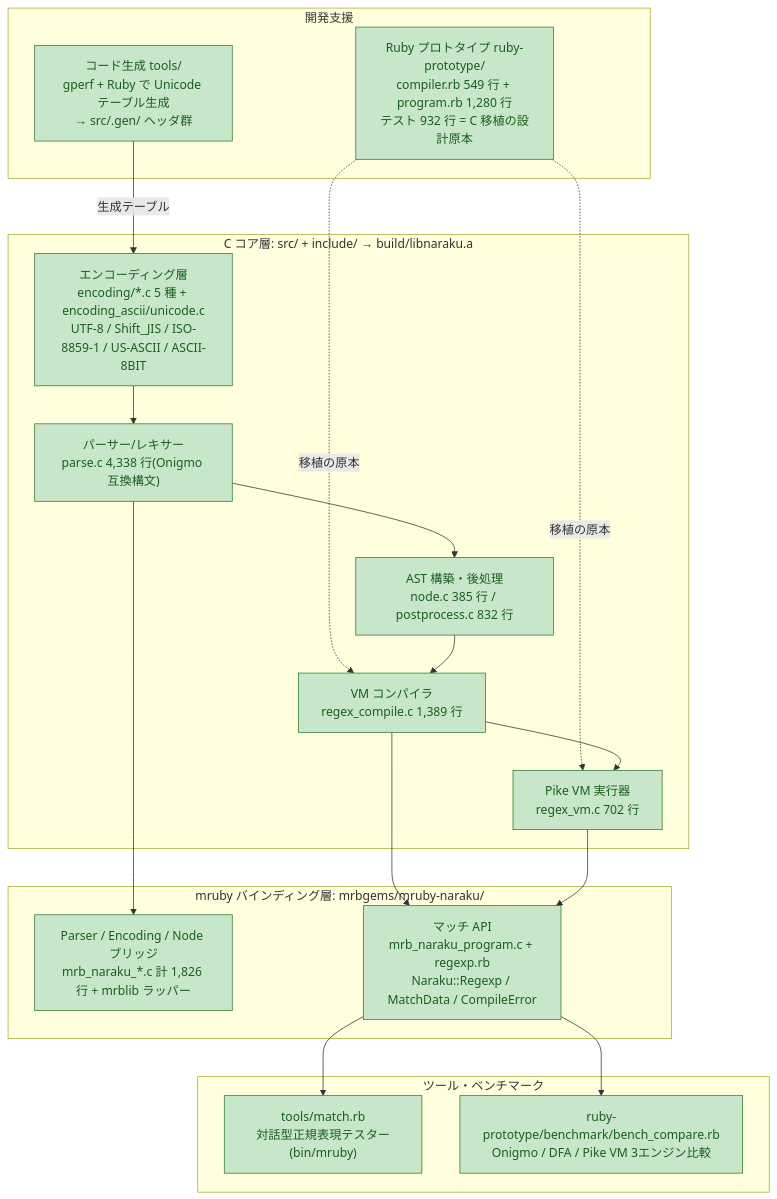
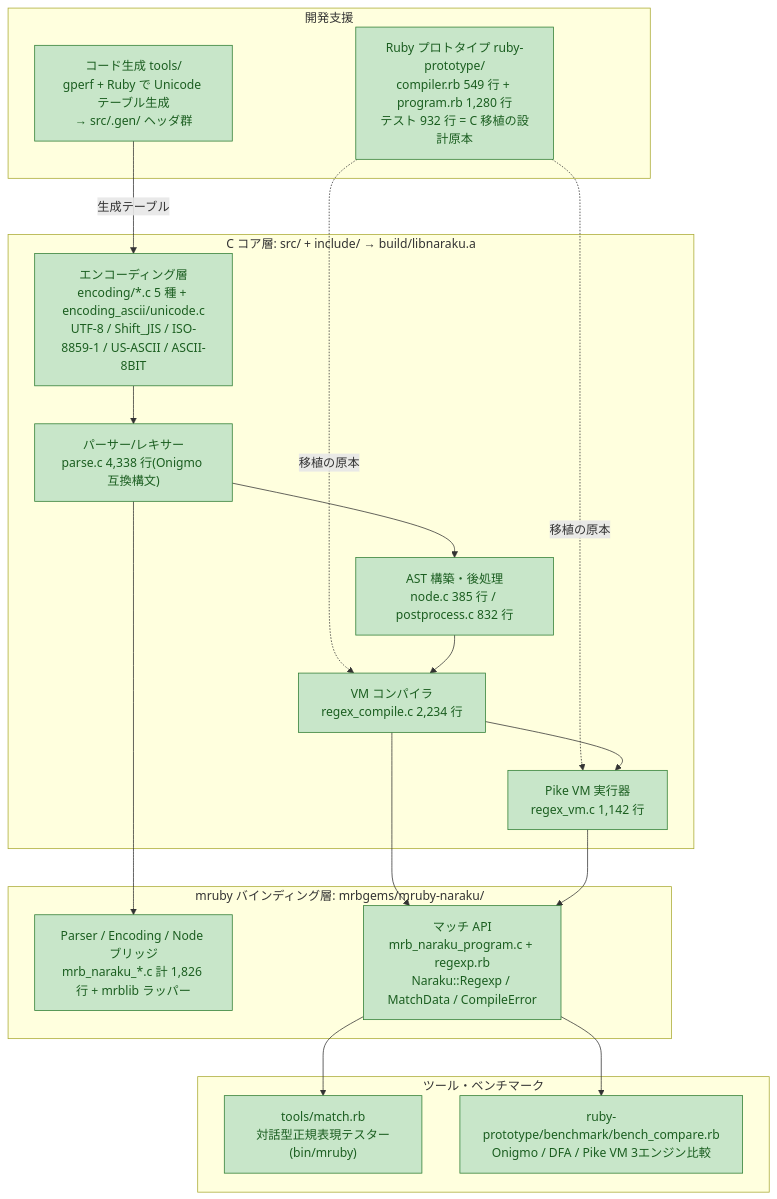
The fourth of 11 diagrams in docs/design/regex-vm.md (aim2bpg/naraku), drawn with Mermaid before and after one commit. The commit also changed other lines of this file and 2 other files, not shown here.

````diff
--- a/docs/design/regex-vm.md
+++ b/docs/design/regex-vm.md
@@ -117,41 +117,41 @@
 ```mermaid
 flowchart TD
     subgraph support["開発支援"]
         tools["コード生成 tools/<br/>gperf + Ruby で Unicode テーブル生成<br/>→ src/.gen/ ヘッダ群"]
         proto["Ruby プロトタイプ ruby-prototype/<br/>compiler.rb 549 行 + program.rb 1,280 行<br/>テスト 932 行 = C 移植の設計原本"]
     end
 
     subgraph core["C コア層: src/ + include/ → build/libnaraku.a"]
         enc["エンコーディング層<br/>encoding/*.c 5 種 + encoding_ascii/unicode.c<br/>UTF-8 / Shift_JIS / ISO-8859-1 / US-ASCII / ASCII-8BIT"]
         parser["パーサー/レキサー<br/>parse.c 4,338 行(Onigmo 互換構文)"]
         ast["AST 構築・後処理<br/>node.c 385 行 / postprocess.c 832 行"]
-        comp["VM コンパイラ<br/>regex_compile.c 1,389 行"]
-        vm["Pike VM 実行器<br/>regex_vm.c 702 行"]
+        comp["VM コンパイラ<br/>regex_compile.c 2,234 行"]
+        vm["Pike VM 実行器<br/>regex_vm.c 1,142 行"]
     end
 
     subgraph mrb["mruby バインディング層: mrbgems/mruby-naraku/"]
         bridgeDone["Parser / Encoding / Node ブリッジ<br/>mrb_naraku_*.c 計 1,826 行 + mrblib ラッパー"]
         bridgeMatch["マッチ API<br/>mrb_naraku_program.c + regexp.rb<br/>Naraku::Regexp / MatchData / CompileError"]
     end
 
     subgraph tooling["ツール・ベンチマーク"]
         repl["tools/match.rb<br/>対話型正規表現テスター(bin/mruby)"]
         bench["ruby-prototype/benchmark/bench_compare.rb<br/>Onigmo / DFA / Pike VM 3エンジン比較"]
     end
 
     tools -->|生成テーブル| enc
     proto -.->|移植の原本| comp
     proto -.->|移植の原本| vm
     enc --> parser
     parser --> ast
     ast --> comp
     comp --> vm
     parser --> bridgeDone
     comp --> bridgeMatch
     vm --> bridgeMatch
     bridgeMatch --> repl
     bridgeMatch --> bench
 
     classDef done fill:#c8e6c9,stroke:#2e7d32,color:#1b5e20
     class enc,parser,ast,tools,proto,bridgeDone,comp,vm,bridgeMatch,repl,bench done
 ```
````
